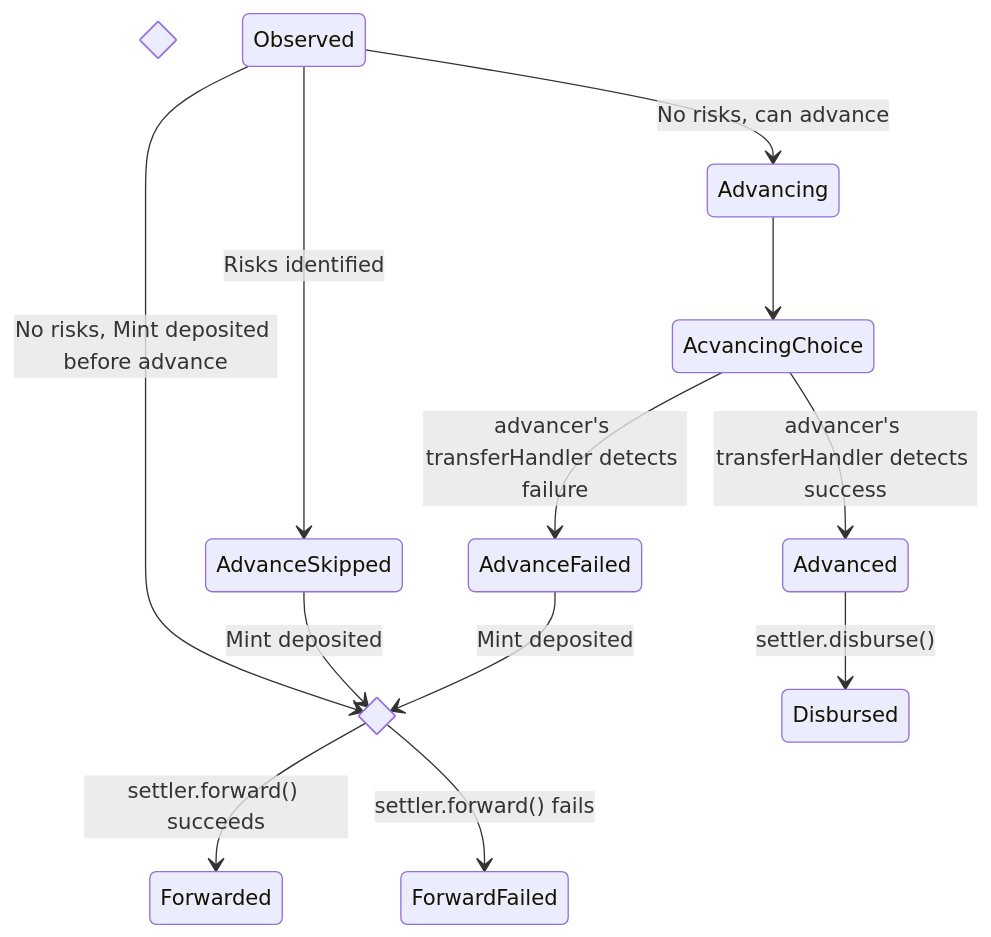
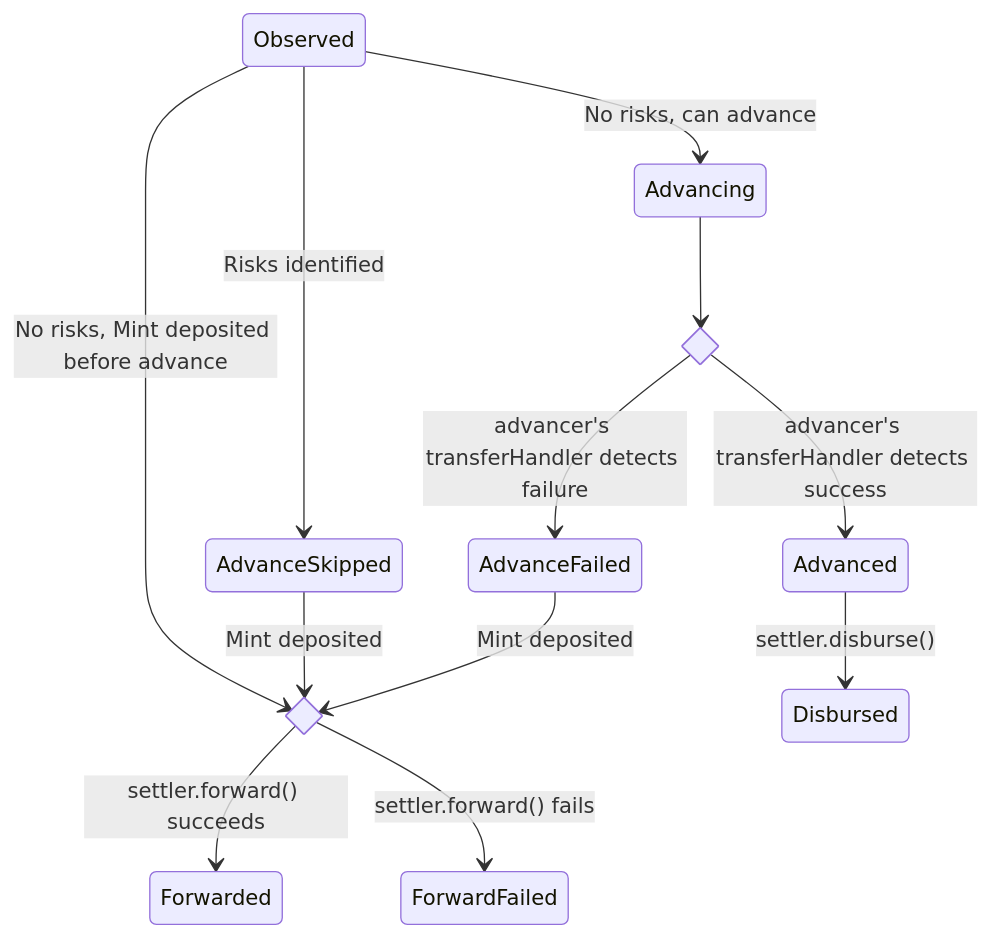
The third of 3 diagrams in packages/fast-usdc/README.md (Agoric/agoric-sdk), drawn with Mermaid before and after one commit. The commit also changed 2 other files, not shown here.

Commit message:
docs: improvements to state transition and responsibility write-ups

````diff
--- a/packages/fast-usdc/README.md
+++ b/packages/fast-usdc/README.md
@@ -80,18 +80,18 @@
 ```mermaid
 stateDiagram-v2
   state Forwarding <<choice>>
   state AdvancingChoice <<choice>>
 
   Observed --> AdvanceSkipped : Risks identified
   Observed --> Advancing : No risks, can advance
   Observed --> Forwarding : No risks, Mint deposited before advance
 
   Forwarding --> Forwarded : settler.forward() succeeds
-  Advancing --> AcvancingChoice
-  AcvancingChoice --> Advanced : advancer's transferHandler detects success
+  Advancing --> AdvancingChoice
+  AdvancingChoice --> Advanced : advancer's transferHandler detects success
   Advanced --> Disbursed : settler.disburse()
   AdvanceSkipped --> Forwarding : Mint deposited
   AdvanceFailed --> Forwarding : Mint deposited
-  AcvancingChoice --> AdvanceFailed : advancer's transferHandler detects failure
+  AdvancingChoice --> AdvanceFailed : advancer's transferHandler detects failure
   Forwarding --> ForwardFailed : settler.forward() fails
  ```
````
